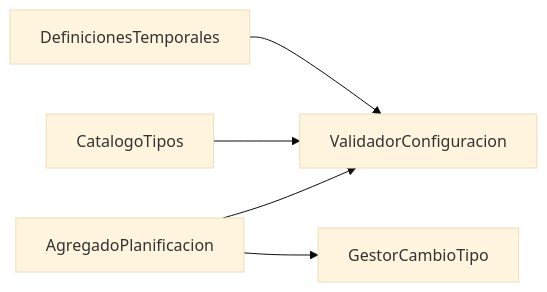
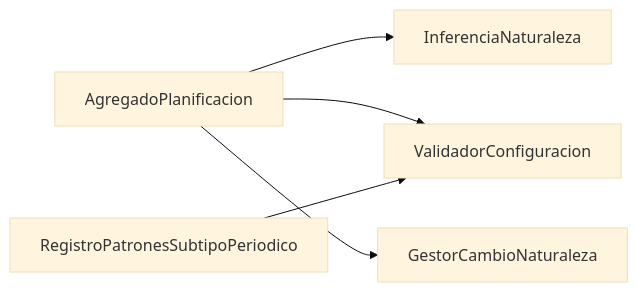
Before and after one commit to serpegon11710-byte/Planificacion_2.0: the diagram in docs/diagramas-c4/c4-nivel-4/pseudocodigo/zc-3-planificacion-temporal.md, drawn with Mermaid (base theme). The commit also changed other lines of this file and 13 other files, not shown here.

````diff
--- a/docs/diagramas-c4/c4-nivel-4/pseudocodigo/zc-3-planificacion-temporal.md
+++ b/docs/diagramas-c4/c4-nivel-4/pseudocodigo/zc-3-planificacion-temporal.md
@@ -20,13 +20,13 @@
 ```mermaid
 flowchart LR
   Agregado["AgregadoPlanificacion"]
-  Catalogo["CatalogoTipos"]
+  Inferencia["InferenciaNaturaleza"]
   Validador["ValidadorConfiguracion"]
-  CambioTipo["GestorCambioTipo"]
-  VO["DefinicionesTemporales"]
+  CambioTipo["GestorCambioNaturaleza"]
+  Registro["RegistroPatronesSubtipoPeriodico"]
 
+  Agregado --> Inferencia
   Agregado --> Validador
   Agregado --> CambioTipo
-  Catalogo --> Validador
-  VO --> Validador
+  Registro --> Validador
 ```
````
